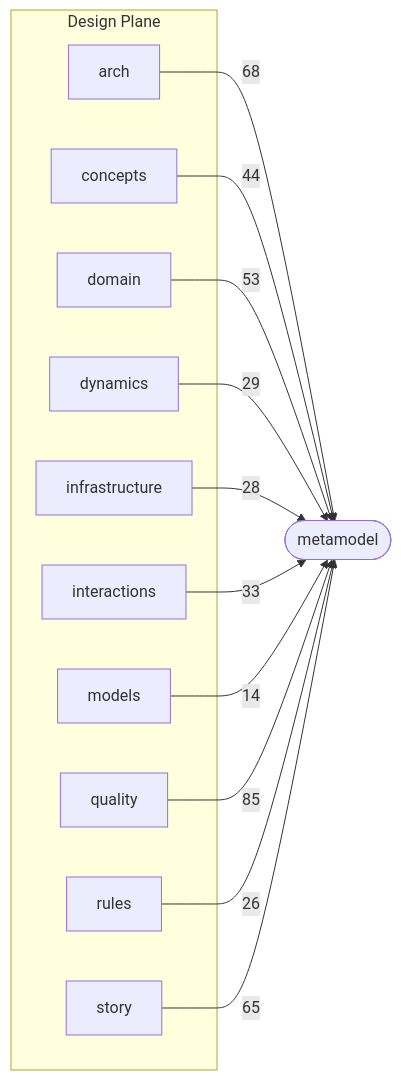
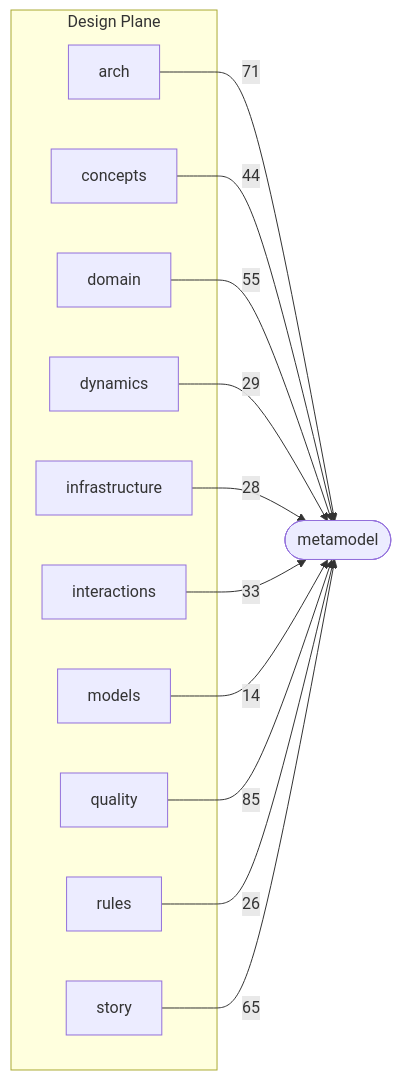
Before and after one commit to Archally/blueprint-schema: the second of 3 diagrams in docs/schema-atlas/v2.8/layer-map.md, drawn with Mermaid. The commit also changed other lines of this file and 4 other files, not shown here.

Commit message:
Schema Atlas: the catalog follows the 2.8.67 schema

````diff
--- a/docs/schema-atlas/v2.8/layer-map.md
+++ b/docs/schema-atlas/v2.8/layer-map.md
@@ -95,26 +95,26 @@
 ```mermaid
 graph LR
     subgraph design_plane["Design Plane"]
         design_arch_schema_yaml["arch"]
         design_concepts_schema_yaml["concepts"]
         design_domain_schema_yaml["domain"]
         design_dynamics_schema_yaml["dynamics"]
         design_infrastructure_schema_yaml["infrastructure"]
         design_interactions_schema_yaml["interactions"]
         design_models_schema_yaml["models"]
         design_quality_schema_yaml["quality"]
         design_rules_schema_yaml["rules"]
         design_story_schema_yaml["story"]
     end
     metamodel_schema_yaml(["metamodel"])
-    design_arch_schema_yaml -->|68| metamodel_schema_yaml
+    design_arch_schema_yaml -->|71| metamodel_schema_yaml
     design_concepts_schema_yaml -->|44| metamodel_schema_yaml
-    design_domain_schema_yaml -->|53| metamodel_schema_yaml
+    design_domain_schema_yaml -->|55| metamodel_schema_yaml
     design_dynamics_schema_yaml -->|29| metamodel_schema_yaml
     design_infrastructure_schema_yaml -->|28| metamodel_schema_yaml
     design_interactions_schema_yaml -->|33| metamodel_schema_yaml
     design_models_schema_yaml -->|14| metamodel_schema_yaml
     design_quality_schema_yaml -->|85| metamodel_schema_yaml
     design_rules_schema_yaml -->|26| metamodel_schema_yaml
     design_story_schema_yaml -->|65| metamodel_schema_yaml
 ```
````
